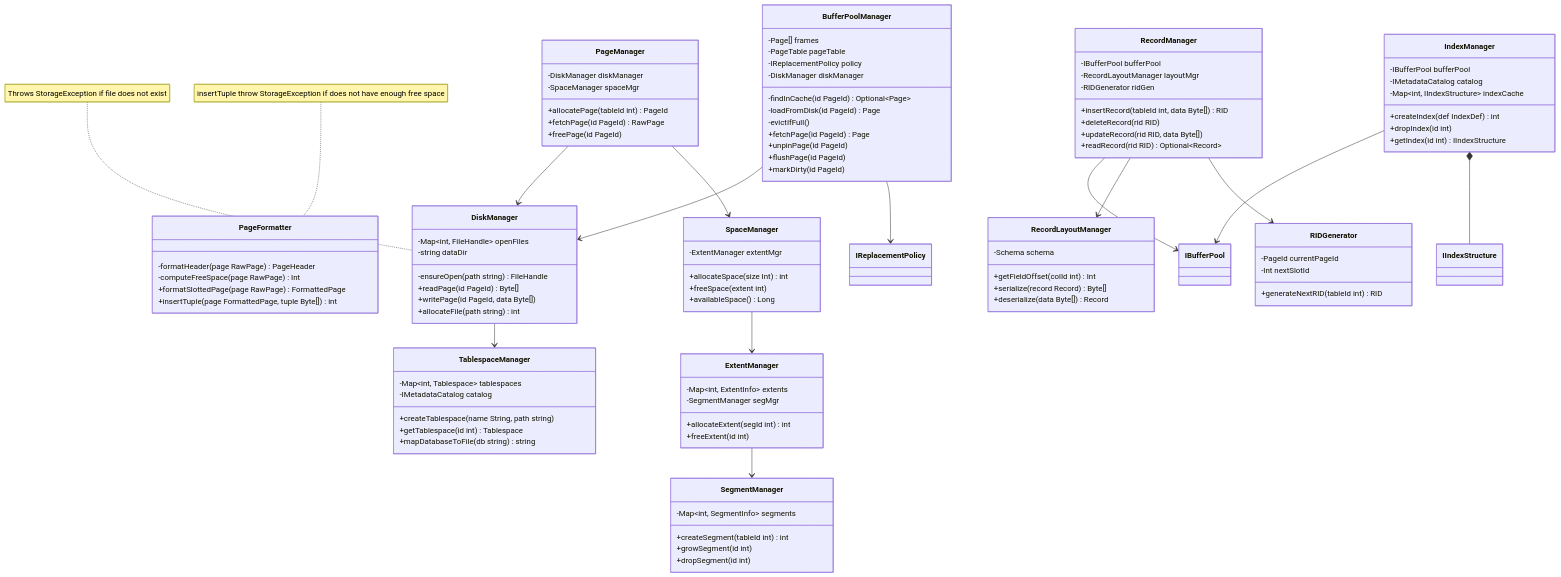
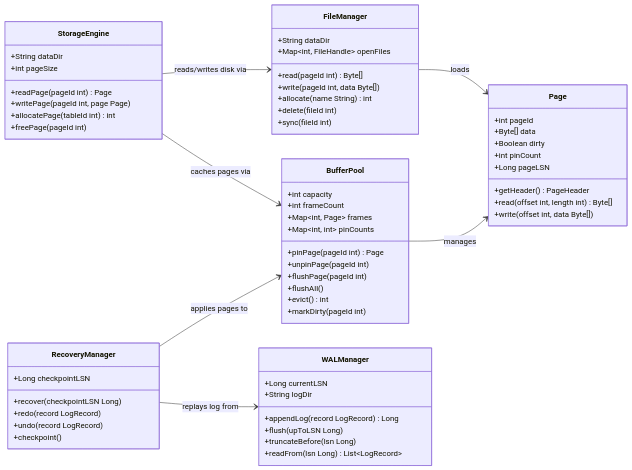
One commit to Hagiakhanh/bbv-dbms changed the fourth of 8 diagrams in README.md. Above: the diagram before and after it, drawn with Mermaid. The commit also changed other lines of this file and 1 other file, not shown here.

Commit message:
update list test case database server

````diff
--- a/README.md
+++ b/README.md
@@ -488,117 +465,71 @@
 ```mermaid
 classDiagram
+direction LR
 
-    class DiskManager {
-        -Map~int, FileHandle~ openFiles
-        -string dataDir
-        -ensureOpen(path string) FileHandle
-        +readPage(id PageId) Byte[]
-        +writePage(id PageId, data Byte[])
-        +allocateFile(path string) int
-    }
-    note for DiskManager "Throws StorageException if file does not exist"
-
-    class TablespaceManager {
-        -Map~int, Tablespace~ tablespaces
-        -IMetadataCatalog catalog
-        +createTablespace(name String, path string)
-        +getTablespace(id int) Tablespace
-        +mapDatabaseToFile(db string) string
+    class StorageEngine {
+        +String dataDir
+        +int pageSize
+        +readPage(pageId int) Page
+        +writePage(pageId int, page Page)
+        +allocatePage(tableId int) int
+        +freePage(pageId int)
     }
 
-    class PageManager {
-        -DiskManager diskManager
-        -SpaceManager spaceMgr
-        +allocatePage(tableId int) PageId
-        +fetchPage(id PageId) RawPage
-        +freePage(id PageId)
+    class BufferPool {
+        +int capacity
+        +int frameCount
+        +Map~int, Page~ frames
+        +Map~int, int~ pinCounts
+        +pinPage(pageId int) Page
+        +unpinPage(pageId int)
+        +flushPage(pageId int)
+        +flushAll()
+        +evict() int
+        +markDirty(pageId int)
     }
 
-    class PageFormatter {
-        -formatHeader(page RawPage) PageHeader
-        -computeFreeSpace(page RawPage) Int
-        +formatSlottedPage(page RawPage) FormattedPage
-        +insertTuple(page FormattedPage, tuple Byte[]) int
-    }
-    note for PageFormatter "insertTuple throw StorageException if does not have enough free space"
-
-    class BufferPoolManager {
-        -Page[] frames
-        -PageTable pageTable
-        -IReplacementPolicy policy
-        -DiskManager diskManager
-        -findInCache(id PageId) Optional~Page~
-        -loadFromDisk(id PageId) Page
-        -evictIfFull()
-        +fetchPage(id PageId) Page
-        +unpinPage(id PageId)
-        +flushPage(id PageId)
-        +markDirty(id PageId)
+    class Page {
+        +int pageId
+        +Byte[] data
+        +Boolean dirty
+        +int pinCount
+        +Long pageLSN
+        +getHeader() PageHeader
+        +read(offset int, length int) Byte[]
+        +write(offset int, data Byte[])
     }
 
-    class RecordManager {
-        -IBufferPool bufferPool
-        -RecordLayoutManager layoutMgr
-        -RIDGenerator ridGen
-        +insertRecord(tableId int, data Byte[]) RID
-        +deleteRecord(rid RID)
-        +updateRecord(rid RID, data Byte[])
-        +readRecord(rid RID) Optional~Record~
+    class FileManager {
+        +String dataDir
+        +Map~int, FileHandle~ openFiles
+        +read(pageId int) Byte[]
+        +write(pageId int, data Byte[])
+        +allocate(name String) int
+        +delete(fileId int)
+        +sync(fileId int)
     }
 
-    class RecordLayoutManager {
-        -Schema schema
-        +getFieldOffset(colId int) Int
-        +serialize(record Record) Byte[]
-        +deserialize(data Byte[]) Record
+    class WALManager {
+        +Long currentLSN
+        +String logDir
+        +appendLog(record LogRecord) Long
+        +flush(upToLSN Long)
+        +truncateBefore(lsn Long)
+        +readFrom(lsn Long) List~LogRecord~
     }
 
-    class RIDGenerator {
-        -PageId currentPageId
-        -Int nextSlotId
-        +generateNextRID(tableId int) RID
+    class RecoveryManager {
+        +Long checkpointLSN
+        +recover(checkpointLSN Long)
+        +redo(record LogRecord)
+        +undo(record LogRecord)
+        +checkpoint()
     }
 
-    class IndexManager {
-        -IBufferPool bufferPool
-        -IMetadataCatalog catalog
-        -Map~int, IIndexStructure~ indexCache
-        +createIndex(def IndexDef) int
-        +dropIndex(id int)
-        +getIndex(id int) IIndexStructure
-    }
-
-    class SpaceManager {
-        -ExtentManager extentMgr
-        +allocateSpace(size Int) int
-        +freeSpace(extent int)
-        +availableSpace() Long
-    }
-
-    class ExtentManager {
-        -Map~int, ExtentInfo~ extents
-        -SegmentManager segMgr
-        +allocateExtent(segId int) int
-        +freeExtent(id int)
-    }
-
-    class SegmentManager {
-        -Map~int, SegmentInfo~ segments
-        +createSegment(tableId int) int
-        +growSegment(id int)
-        +dropSegment(id int)
-    }
-
-    RecordManager --> IBufferPool
-    IndexManager --> IBufferPool
-    BufferPoolManager --> DiskManager
-    BufferPoolManager --> IReplacementPolicy
-    PageManager --> DiskManager
-    PageManager --> SpaceManager
-    DiskManager --> TablespaceManager
-    SpaceManager --> ExtentManager
-    ExtentManager --> SegmentManager
-    RecordManager --> RecordLayoutManager
-    RecordManager --> RIDGenerator
-    IndexManager *-- IIndexStructure
+    StorageEngine --> BufferPool   : caches pages via
+    StorageEngine --> FileManager  : reads/writes disk via
+    BufferPool --> Page            : manages
+    FileManager --> Page           : loads
+    RecoveryManager --> WALManager : replays log from
+    RecoveryManager --> BufferPool : applies pages to
 ```
````
